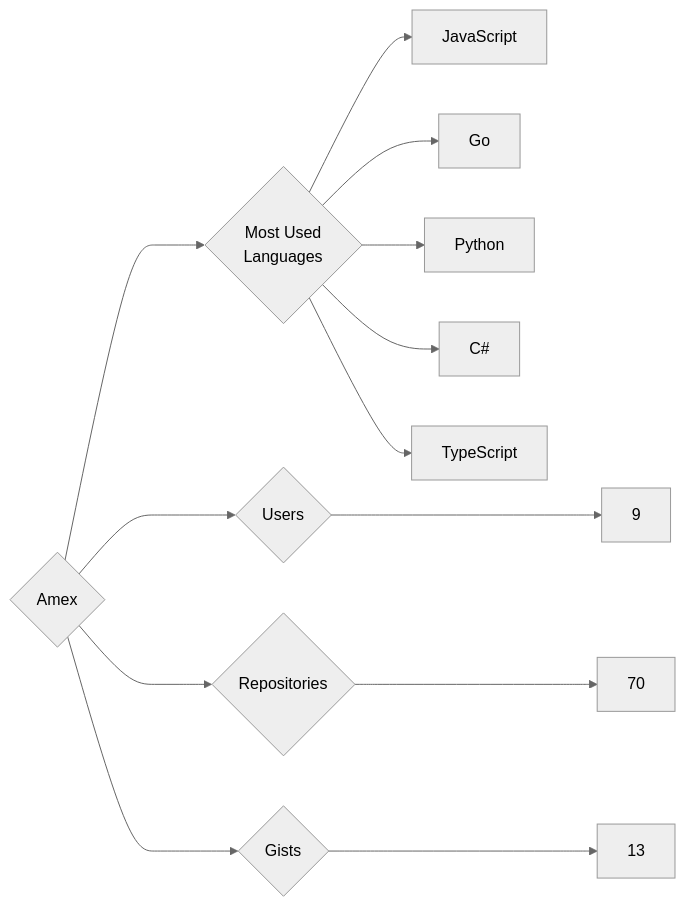
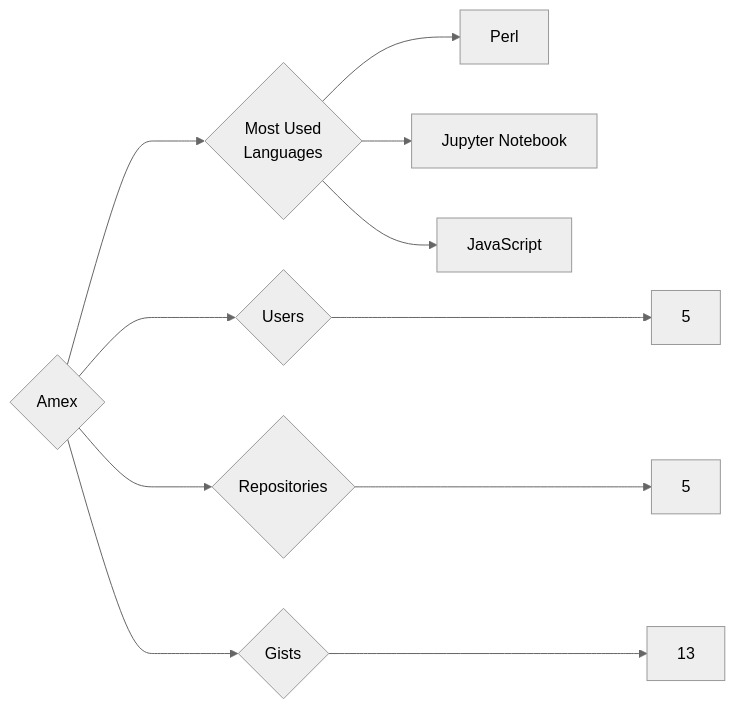
The diagram in targets/Amex/README.md (trickest/insiders), drawn with Mermaid (neutral theme) before and after one commit. The commit also changed 1089 other files, not shown here.

````diff
--- a/targets/Amex/README.md
+++ b/targets/Amex/README.md
@@ -3,13 +3,11 @@
 ```mermaid
 graph LR
 COMPANY_NAME{Amex}
-COMPANY_NAME ---> U{Users} ---> UN[9]
-COMPANY_NAME ---> R{Repositories} ---> RN[70]
+COMPANY_NAME ---> U{Users} ---> UN[5]
+COMPANY_NAME ---> R{Repositories} ---> RN[5]
 COMPANY_NAME ---> G{Gists} ---> GN[13]
 COMPANY_NAME ---> ML{Most Used<br>Languages}
+ML --> Perl[Perl]
+ML --> Jupyter_Notebook[Jupyter Notebook]
 ML --> JavaScript[JavaScript]
-ML --> Go[Go]
-ML --> Python[Python]
-ML --> C#[C#]
-ML --> TypeScript[TypeScript]
 ```
````
